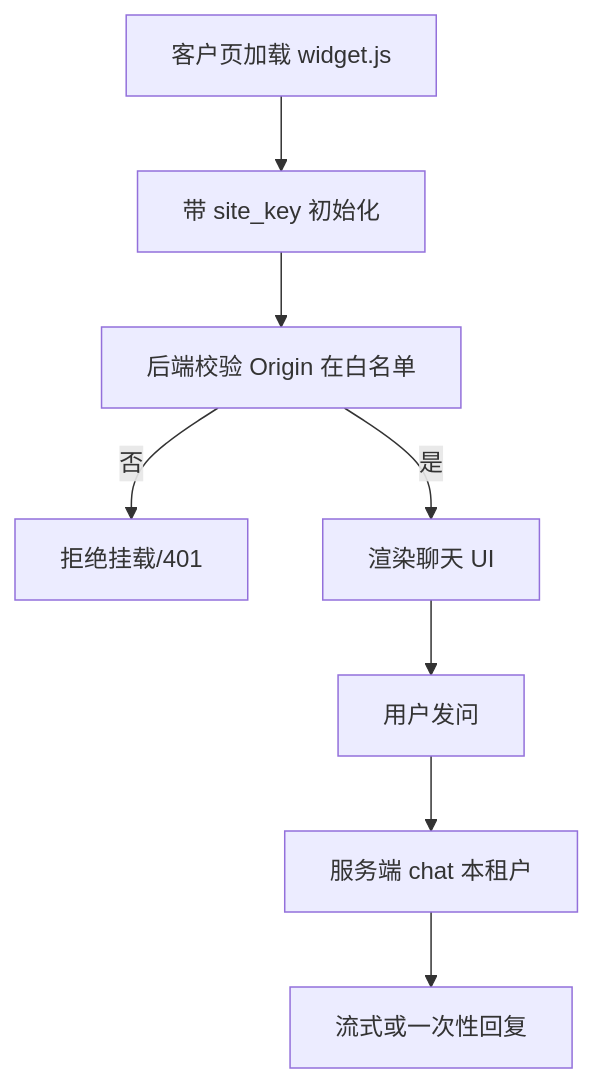
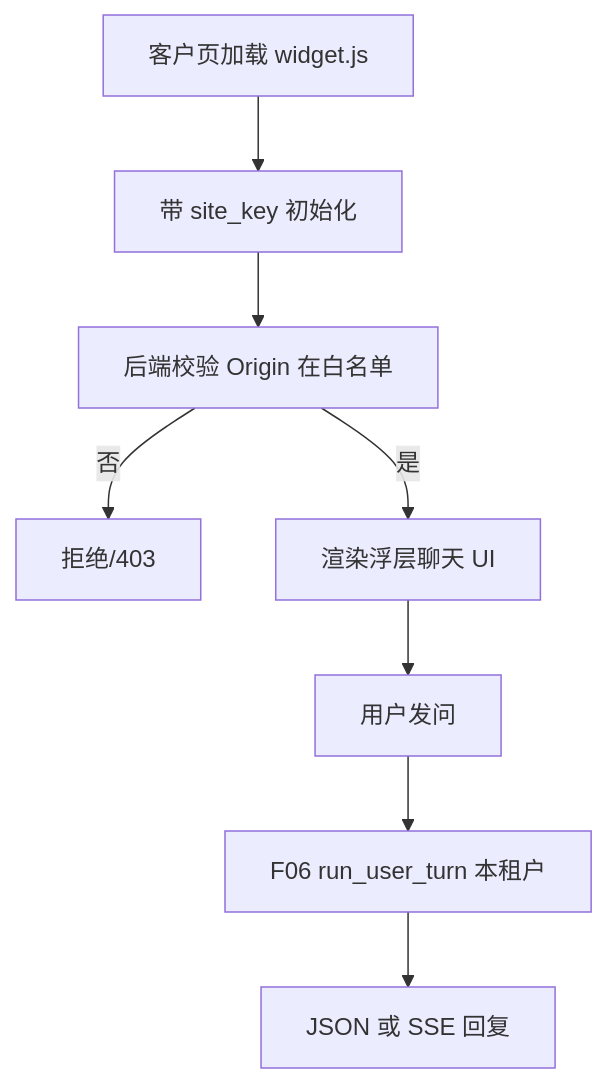
The diagram in docs/specs/phase2/features/F12-embed-widget.md (zmisi/rag-as-service), drawn with Mermaid before and after one commit. The commit also changed other lines of this file and 30 other files, not shown here.

````diff
--- a/docs/specs/phase2/features/F12-embed-widget.md
+++ b/docs/specs/phase2/features/F12-embed-widget.md
@@ -30,10 +32,10 @@
 ```mermaid
 flowchart TD
   A[客户页加载 widget.js] --> B[带 site_key 初始化]
   B --> C[后端校验 Origin 在白名单]
-  C -->|否| E1[拒绝挂载/401]
-  C -->|是| D[渲染聊天 UI]
+  C -->|否| E1[拒绝/403]
+  C -->|是| D[渲染浮层聊天 UI]
   D --> E[用户发问]
-  E --> F[服务端 chat 本租户]
-  F --> G[流式或一次性回复]
+  E --> F[F06 run_user_turn 本租户]
+  F --> G[JSON 或 SSE 回复]
 ```
````
